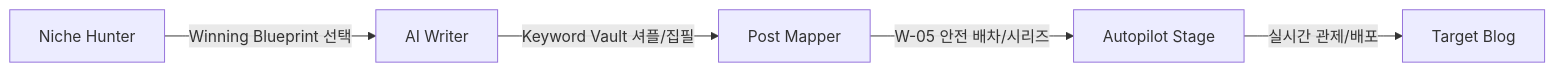
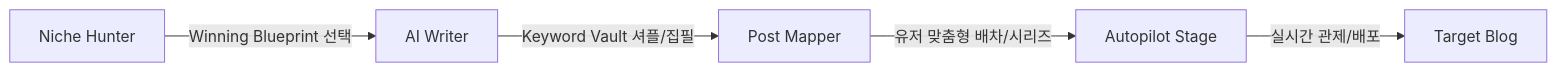
The diagram in AGENTS.md (mazastory/maza-docs), drawn with Mermaid before and after one commit. The commit also changed other lines of this file and 4 other files, not shown here.

````diff
--- a/AGENTS.md
+++ b/AGENTS.md
@@ -33,7 +112,7 @@
 ```mermaid
 graph LR
     A[Niche Hunter] -->|Winning Blueprint 선택| B[AI Writer]
     B -->|Keyword Vault 셔플/집필| C[Post Mapper]
-    C -->|W-05 안전 배차/시리즈| D[Autopilot Stage]
+    C -->|유저 맞춤형 배차/시리즈| D[Autopilot Stage]
     D -->|실시간 관제/배포| E[Target Blog]
 ```
````
